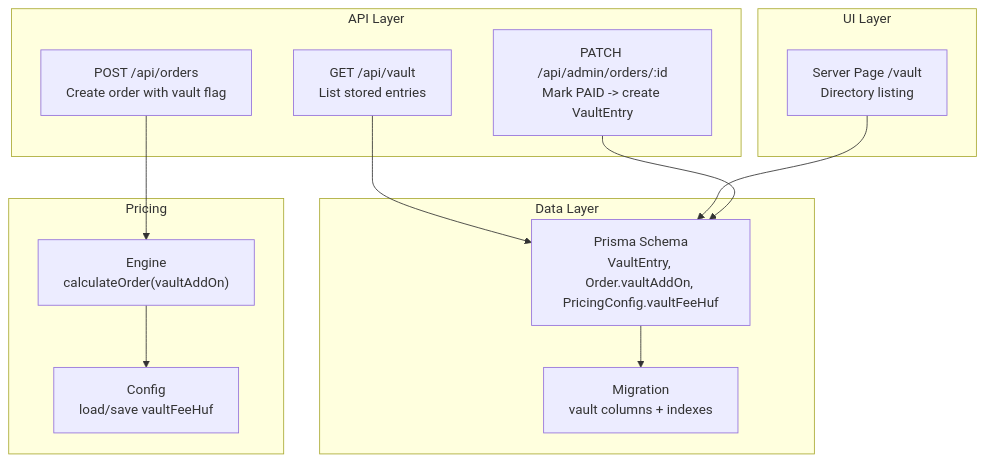
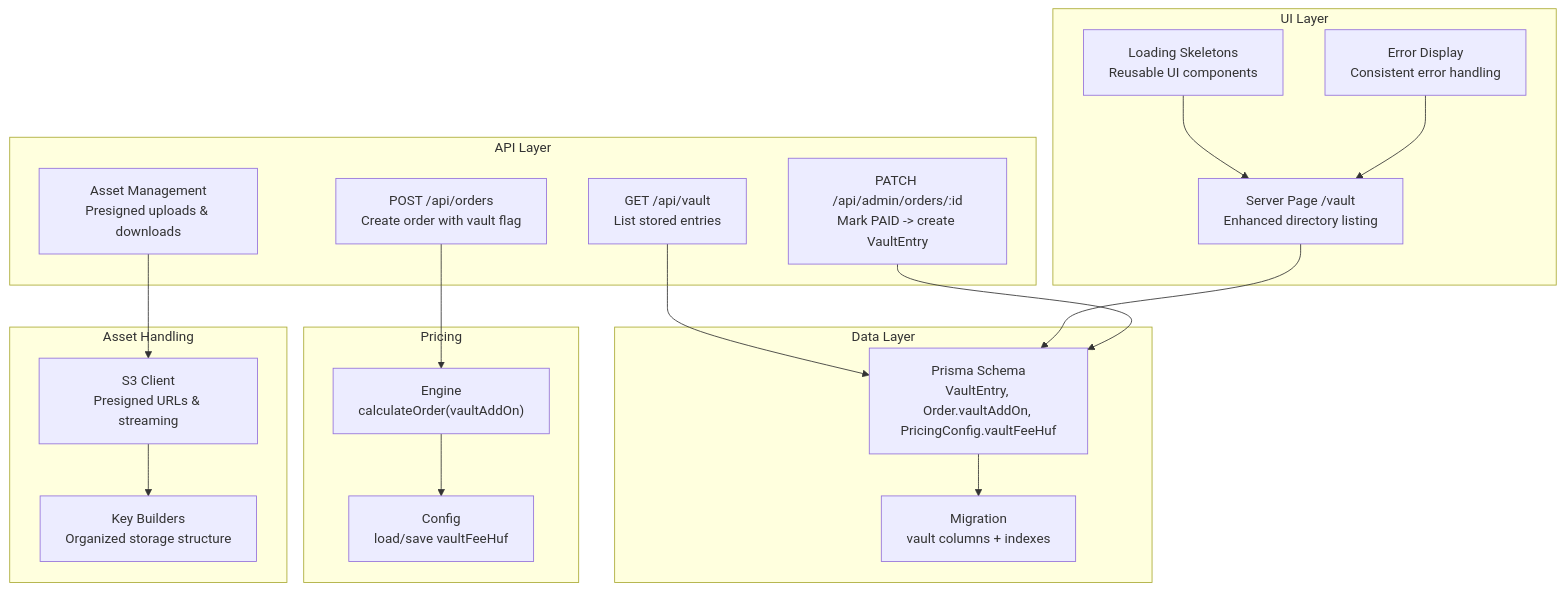
Before and after one commit to Crowdspender/titchybooks-app: the first of 4 diagrams in .qoder/repowiki/en/content/User Dashboard/Vault Storage System.md, drawn with Mermaid. The commit also changed other lines of this file and 23 other files, not shown here.

````diff
--- a/.qoder/repowiki/en/content/User Dashboard/Vault Storage System.md
+++ b/.qoder/repowiki/en/content/User Dashboard/Vault Storage System.md
@@ -43,25 +62,36 @@
 ```mermaid
 graph TB
 subgraph "Data Layer"
 P["Prisma Schema<br/>VaultEntry, Order.vaultAddOn, PricingConfig.vaultFeeHuf"]
 M["Migration<br/>vault columns + indexes"]
 end
 subgraph "API Layer"
 VAPI["GET /api/vault<br/>List stored entries"]
 OPOST["POST /api/orders<br/>Create order with vault flag"]
 ADMINPATCH["PATCH /api/admin/orders/:id<br/>Mark PAID -> create VaultEntry"]
+ASSETAPI["Asset Management<br/>Presigned uploads & downloads"]
 end
 subgraph "UI Layer"
-VPAGE["Server Page /vault<br/>Directory listing"]
+VPAGE["Server Page /vault<br/>Enhanced directory listing"]
+LOADING["Loading Skeletons<br/>Reusable UI components"]
+ERROR["Error Display<br/>Consistent error handling"]
 end
 subgraph "Pricing"
 ENG["Engine<br/>calculateOrder(vaultAddOn)"]
 CFG["Config<br/>load/save vaultFeeHuf"]
+end
+subgraph "Asset Handling"
+S3["S3 Client<br/>Presigned URLs & streaming"]
+KEYS["Key Builders<br/>Organized storage structure"]
 end
 P --> M
 VAPI --> P
 VPAGE --> P
 OPOST --> ENG
 ENG --> CFG
 ADMINPATCH --> P
+ASSETAPI --> S3
+S3 --> KEYS
+LOADING --> VPAGE
+ERROR --> VPAGE
 ```
````
